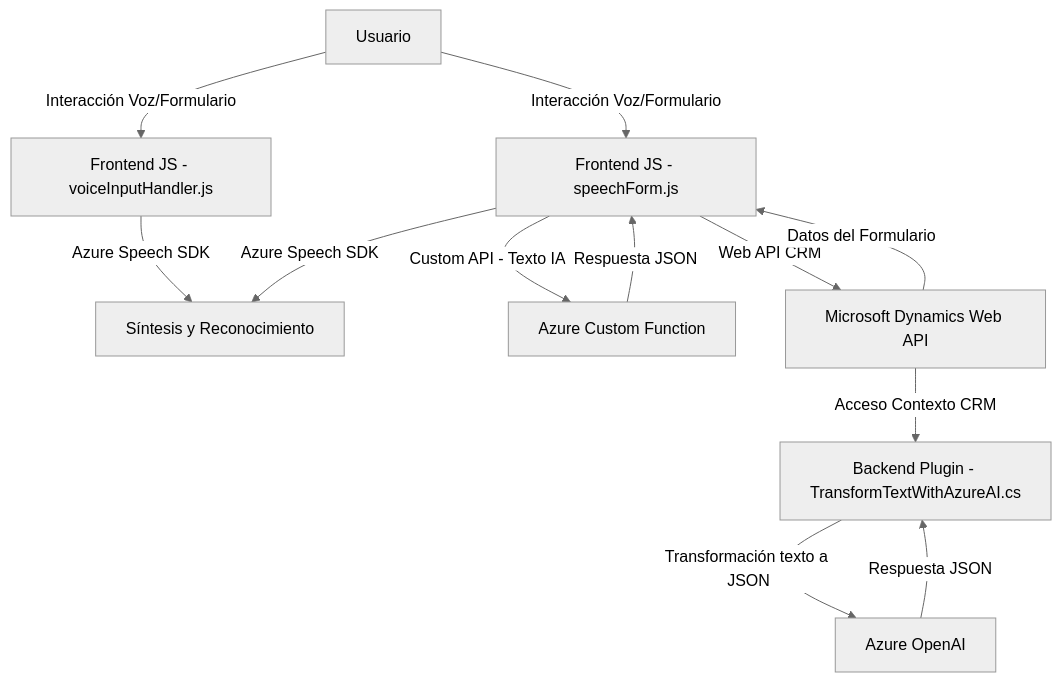
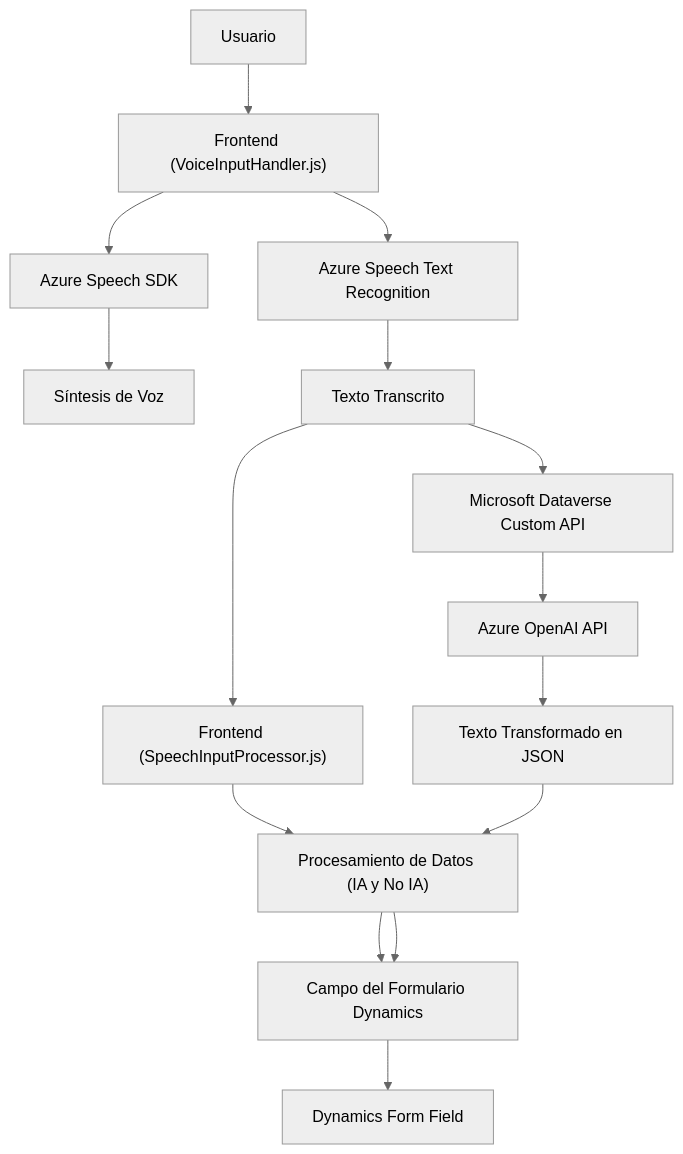
Before and after one commit to blopezdm/NETCORE_BILBAO2025: the diagram in README.md, drawn with Mermaid (neutral theme). The commit also changed other lines of this file, not shown here.

````diff
--- a/README.md
+++ b/README.md
@@ -58,14 +34,17 @@
 ```mermaid
 graph TD
-    A["Usuario"] -->|Interacción Voz/Formulario| B["Frontend JS - voiceInputHandler.js"]
-    A -->|Interacción Voz/Formulario| C["Frontend JS - speechForm.js"]
-    B -->|Azure Speech SDK| E["Síntesis y Reconocimiento"]
-    C -->|Azure Speech SDK| E
-    C -->|Custom API - Texto IA| F["Azure Custom Function"]
-    F -->|Respuesta JSON| C
-    C -->|Web API CRM| G["Microsoft Dynamics Web API"]
-    G -->|Datos del Formulario| C
-    G -->|Acceso Contexto CRM| H["Backend Plugin - TransformTextWithAzureAI.cs"]
-    H -->|Transformación texto a JSON| I["Azure OpenAI"]
-    I -->|Respuesta JSON| H
+  A["Usuario"] --> B["Frontend (VoiceInputHandler.js)"]
+  B --> C["Azure Speech SDK"]
+  C --> D["Síntesis de Voz"]
+  B --> E["Azure Speech Text Recognition"]
+  E --> F["Texto Transcrito"]
+  F --> G["Frontend (SpeechInputProcessor.js)"]
+  G --> H["Procesamiento de Datos (IA y No IA)"]
+  H --> I["Campo del Formulario Dynamics"]
+  F --> J["Microsoft Dataverse Custom API"]
+  J --> K["Azure OpenAI API"]
+  K --> L["Texto Transformado en JSON"]
+  L --> H
+  H --> I
+  I --> M["Dynamics Form Field"]
 ```
````
